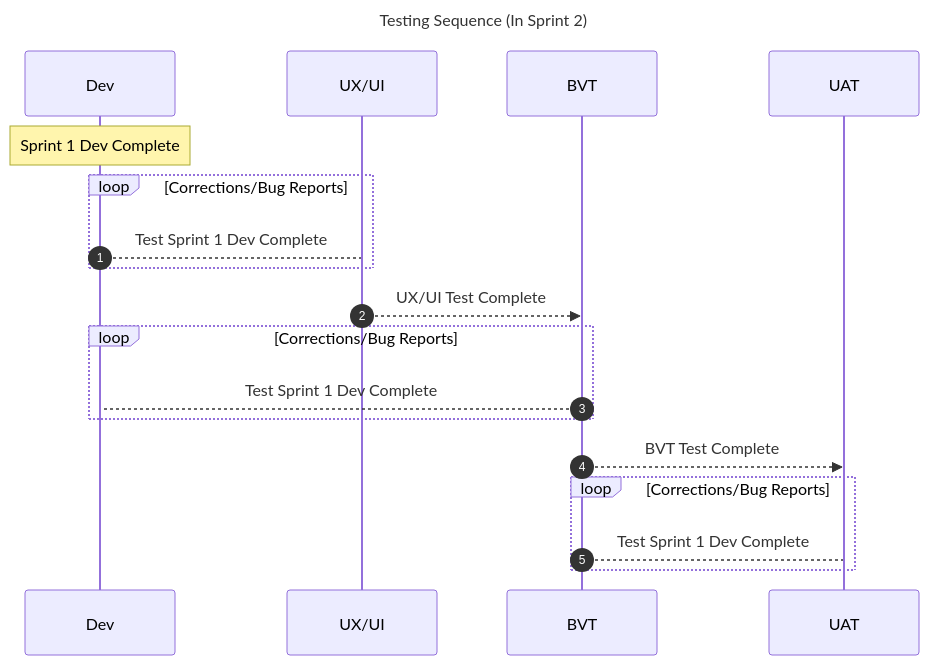
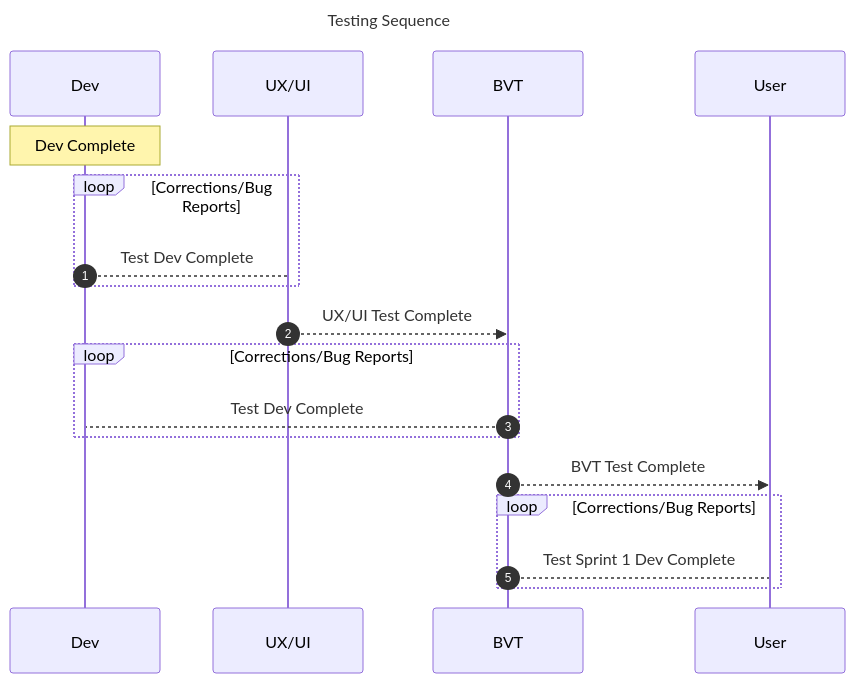
The diagram in Test Strategy.md (bcgov/onRouteBCSpecification), drawn with Mermaid before and after one commit. The commit also changed other lines of this file and 3 other files, not shown here.

````diff
--- a/Test Strategy.md
+++ b/Test Strategy.md
@@ -116,24 +116,24 @@
 ```mermaid
 sequenceDiagram
 
-title Testing Sequence (In Sprint 2)
+title Testing Sequence
 
 autonumber
 participant d as Dev
 participant x as UX/UI
 participant b as BVT
-participant u as UAT
+participant u as User
 
-note over d: Sprint 1 Dev Complete
+note over d: Dev Complete
 loop Corrections/Bug Reports
-	d-->x: Test Sprint 1 Dev Complete
+	d-->x: Test Dev Complete
 end
 x-->>b: UX/UI Test Complete
 loop Corrections/Bug Reports
-	b-->d: Test Sprint 1 Dev Complete
+	b-->d: Test Dev Complete
 end	
 b-->>u: BVT Test Complete
 loop Corrections/Bug Reports
 	b-->u: Test Sprint 1 Dev Complete
 end	
 ```
````
